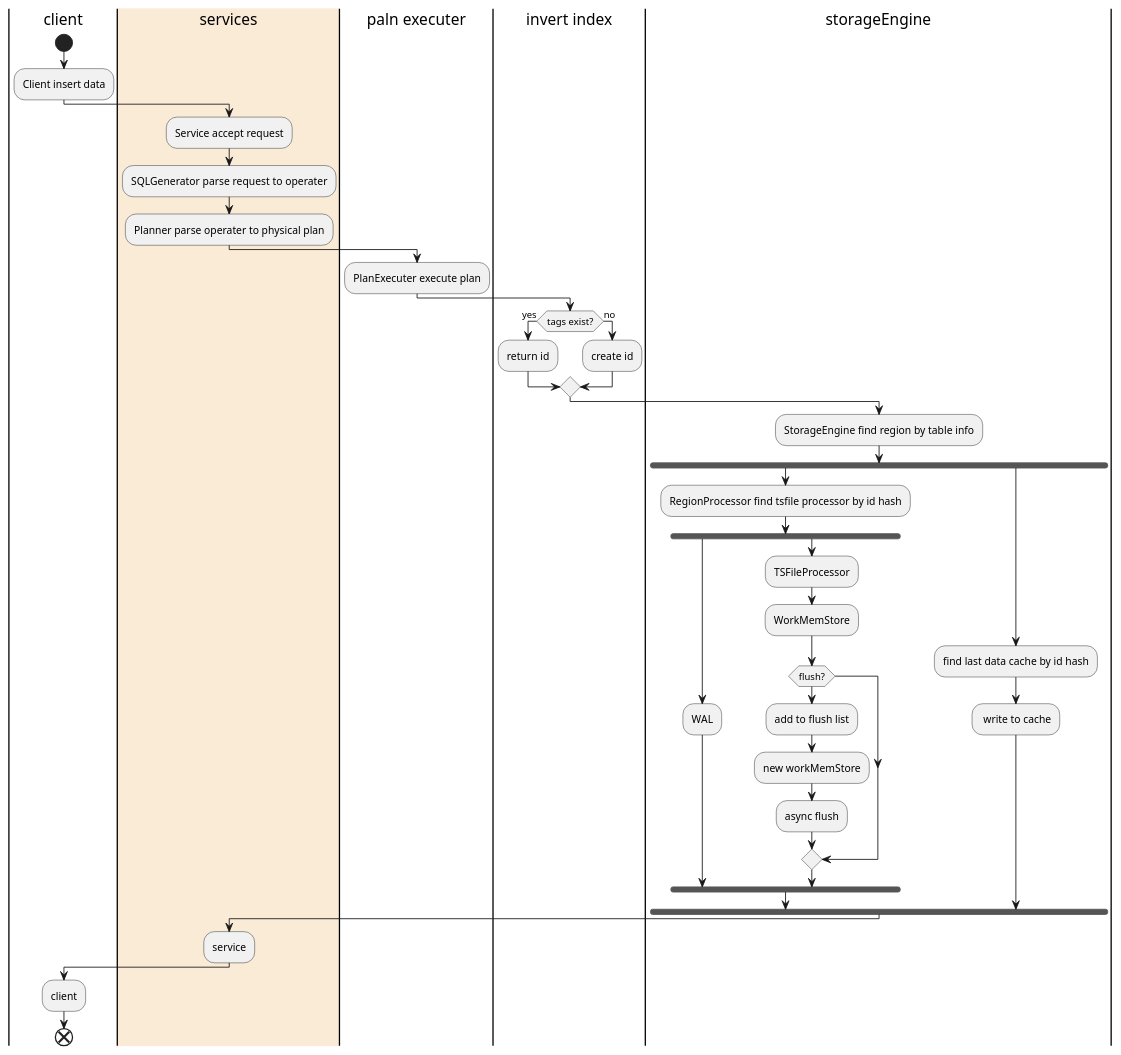
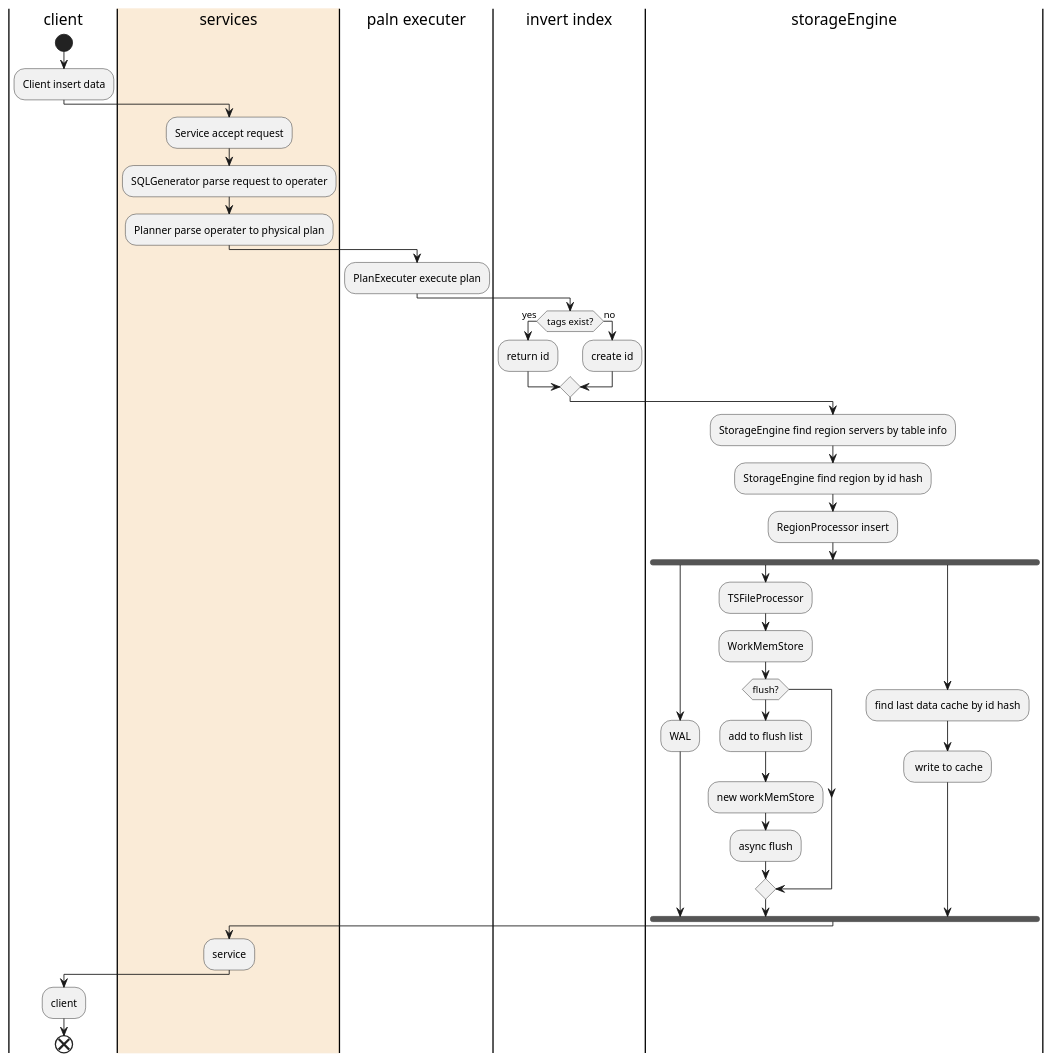
One commit to Sheldon-Hsu/tsdb changed the diagram in doc/design/flow/insert.puml. Above: the diagram before and after it, drawn with PlantUML. The commit also changed 24 other files, not shown here.

Commit message:
feat(insert): add region for insert

```diff
--- a/doc/design/flow/insert.puml
+++ b/doc/design/flow/insert.puml
@@ -1,44 +1,42 @@
 @startuml
 |client|
 start
 :Client insert data;
 |#AntiqueWhite|services|
 :Service accept request;
 :SQLGenerator parse request to operater;
 :Planner parse operater to physical plan;
 |paln executer|
 :PlanExecuter execute plan;
 |invert index|
 if(tags exist?) then(yes)
     :return id;
 else(no)
     :create id;
 endif
 |storageEngine|
-:StorageEngine find region by table info;
-fork
-    :RegionProcessor find tsfile processor by id hash;
+:StorageEngine find region servers by table info;
+:StorageEngine find region by id hash;
+:RegionProcessor insert;
     fork
         :WAL;
     fork again
 
         :TSFileProcessor;
         :WorkMemStore;
         if(flush?) then
             :add to flush list;
             :new workMemStore;
             :async flush;
         else
         endif
-
+    fork again
+        :find last data cache by id hash;
+        : write to cache;
     end fork
-fork again
-    :find last data cache by id hash;
-    : write to cache;
-end fork
 |services|
 :service;
 |client|
 :client;
 end
 @enduml
```
